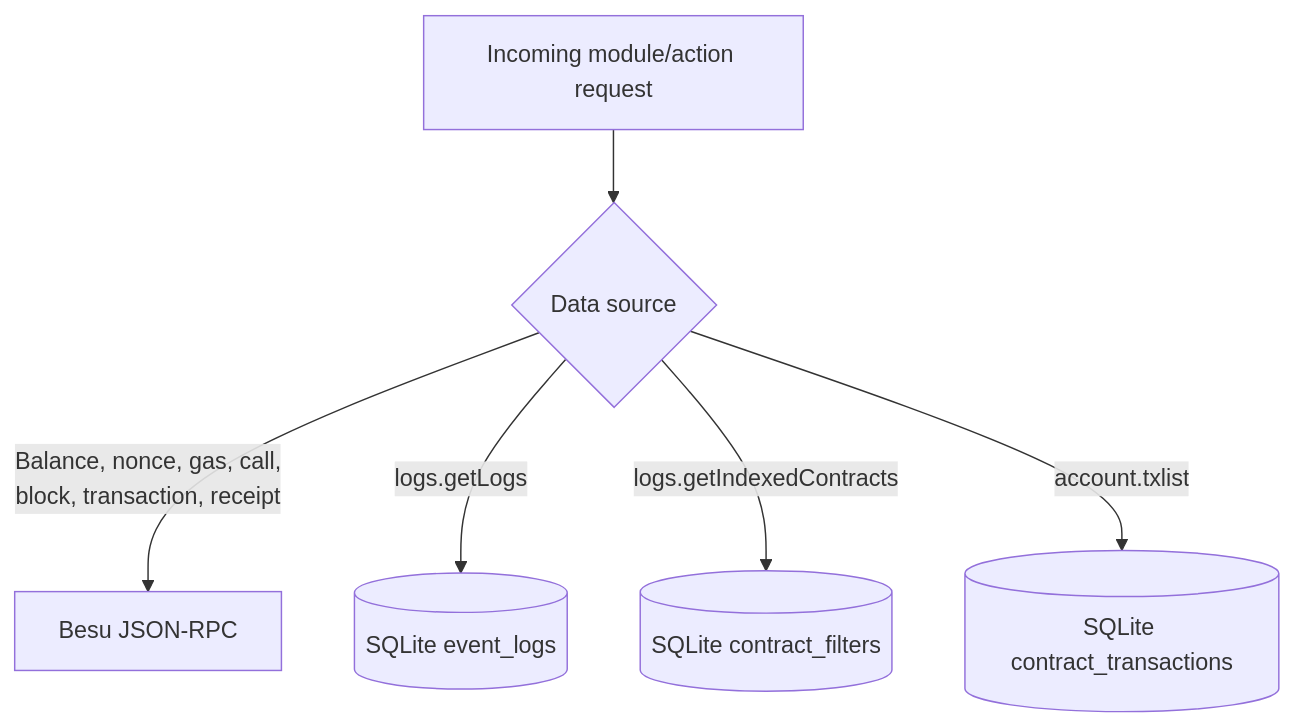
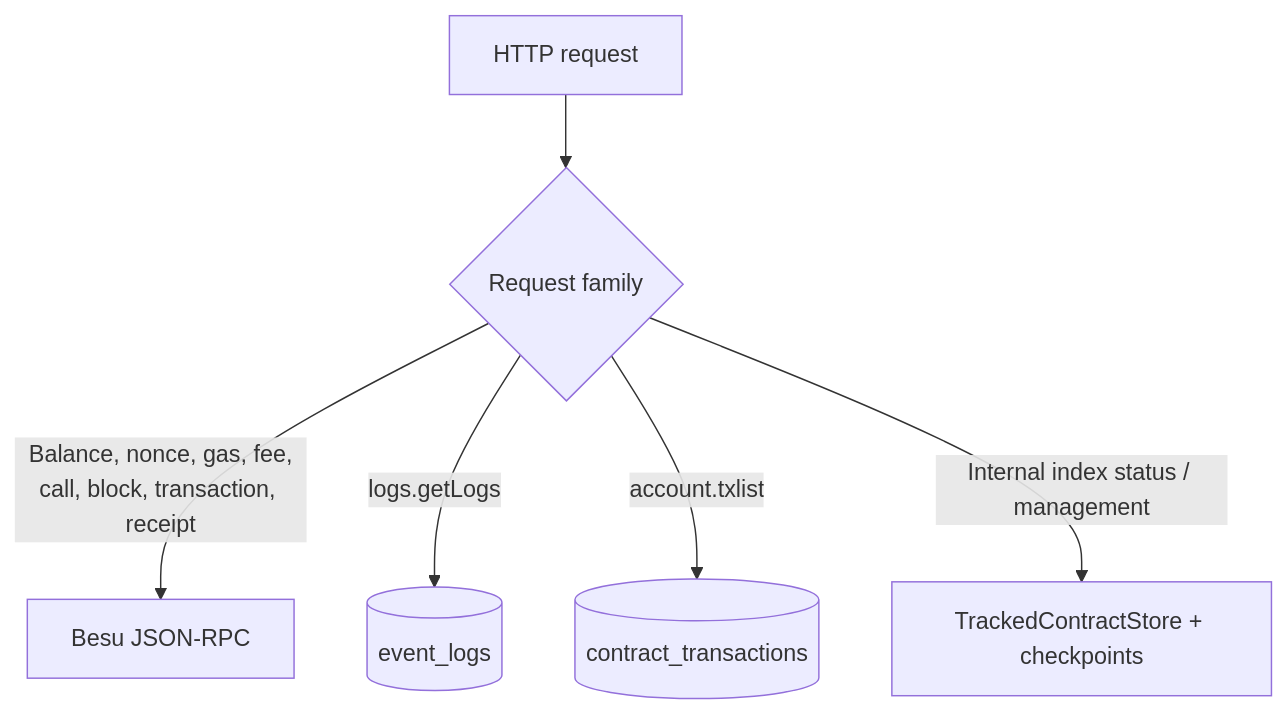
The second of 2 diagrams in docs/architecture-overview.md (WangWang0226/da-rpc-proxy), drawn with Mermaid before and after one commit. The commit also changed other lines of this file and 16 other files, not shown here.

Commit message:
Refactor indexer to single-container tmpfs architecture

````diff
--- a/docs/architecture-overview.md
+++ b/docs/architecture-overview.md
@@ -117,9 +64,8 @@
 ```mermaid
 flowchart TD
-    R[Incoming module/action request]
-    R --> D{Data source}
-    D -->|Balance, nonce, gas, call,<br/>block, transaction, receipt| RPC[Besu JSON-RPC]
-    D -->|logs.getLogs| LOGS[(SQLite event_logs)]
-    D -->|logs.getIndexedContracts| FILTERS[(SQLite contract_filters)]
-    D -->|account.txlist| TXS[(SQLite contract_transactions)]
+    R[HTTP request] --> K{Request family}
+    K -->|Balance, nonce, gas, fee,<br/>call, block, transaction, receipt| RPC[Besu JSON-RPC]
+    K -->|logs.getLogs| LOGS[(event_logs)]
+    K -->|account.txlist| TXS[(contract_transactions)]
+    K -->|Internal index status / management| REG[TrackedContractStore + checkpoints]
 ```
````
